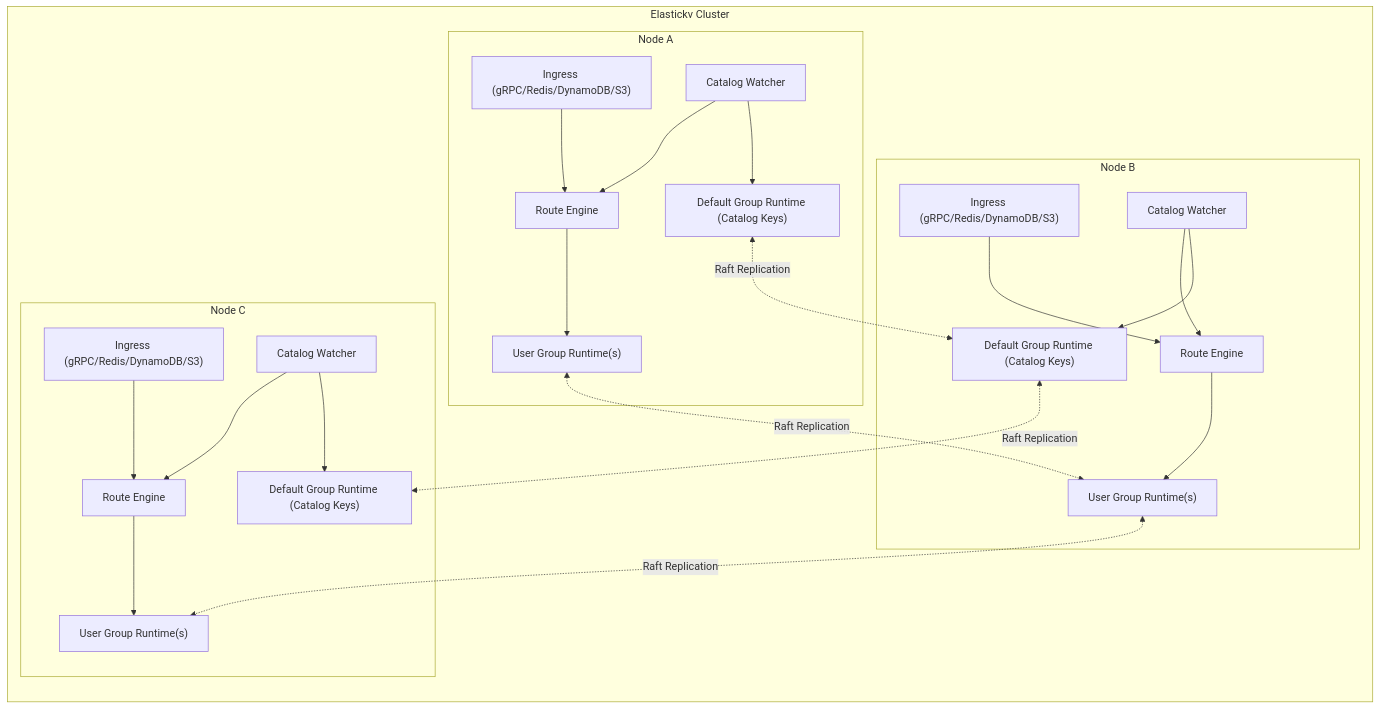
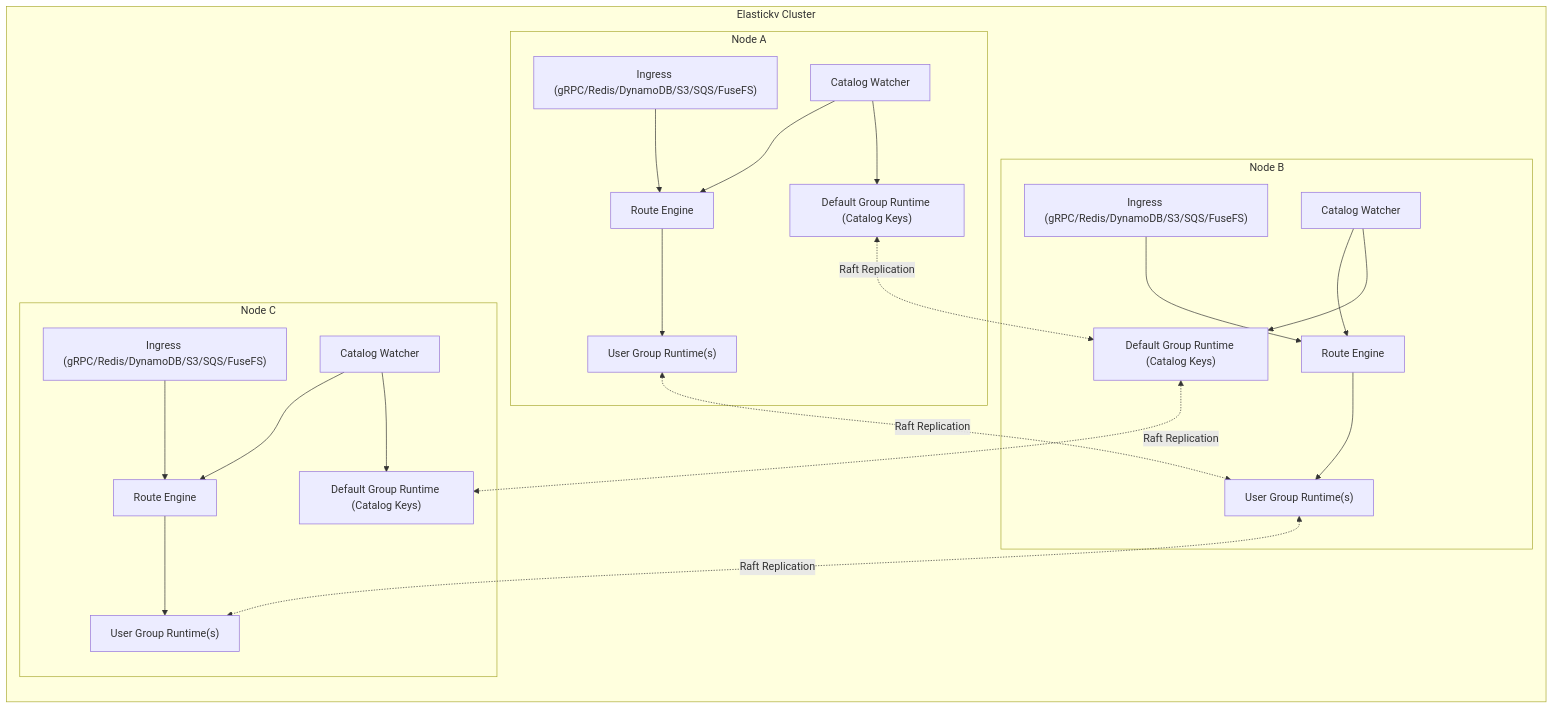
One commit to bootjp/elastickv changed the second of 4 diagrams in docs/architecture_overview.md. Above: the diagram before and after it, drawn with Mermaid. The commit also changed other lines of this file, not shown here.

First line of the commit message:
docs: update architecture overview to add FuseFS, SQS and fix rendering

````diff
--- a/docs/architecture_overview.md
+++ b/docs/architecture_overview.md
@@ -86,50 +96,50 @@
 ```mermaid
 flowchart LR
   subgraph Cluster["Elastickv Cluster"]
     subgraph N1["Node A"]
-      AIN["Ingress (gRPC/Redis/DynamoDB/S3)"]
+      AIN["Ingress (gRPC/Redis/DynamoDB/S3/SQS/FuseFS)"]
       ADE["Route Engine"]
       ACW["Catalog Watcher"]
       ARG0["Default Group Runtime (Catalog Keys)"]
       ARG1["User Group Runtime(s)"]
     end
 
     subgraph N2["Node B"]
-      BIN["Ingress (gRPC/Redis/DynamoDB/S3)"]
+      BIN["Ingress (gRPC/Redis/DynamoDB/S3/SQS/FuseFS)"]
       BDE["Route Engine"]
       BCW["Catalog Watcher"]
       BRG0["Default Group Runtime (Catalog Keys)"]
       BRG1["User Group Runtime(s)"]
     end
 
     subgraph N3["Node C"]
-      CIN["Ingress (gRPC/Redis/DynamoDB/S3)"]
+      CIN["Ingress (gRPC/Redis/DynamoDB/S3/SQS/FuseFS)"]
       CDE["Route Engine"]
       CCW["Catalog Watcher"]
       CRG0["Default Group Runtime (Catalog Keys)"]
       CRG1["User Group Runtime(s)"]
     end
   end
 
   AIN --> ADE
   BIN --> BDE
   CIN --> CDE
 
   ADE --> ARG1
   BDE --> BRG1
   CDE --> CRG1
 
   ARG0 <-. "Raft Replication" .-> BRG0
   BRG0 <-. "Raft Replication" .-> CRG0
 
   ARG1 <-. "Raft Replication" .-> BRG1
   BRG1 <-. "Raft Replication" .-> CRG1
 
   ACW --> ARG0
   BCW --> BRG0
   CCW --> CRG0
 
   ACW --> ADE
   BCW --> BDE
   CCW --> CDE
 ```
````
